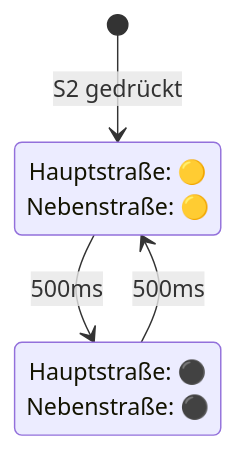
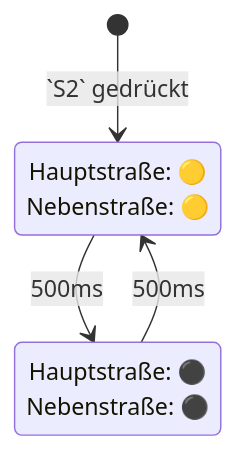
The second of 3 diagrams in src/python/vsc-ext-v0.2/demo/README.md (wago-enterprise-education/exponat-ampelsteuerung), drawn with Mermaid before and after one commit. The commit also changed other lines of this file and 2 other files, not shown here.

````diff
--- a/src/python/vsc-ext-v0.2/demo/README.md
+++ b/src/python/vsc-ext-v0.2/demo/README.md
@@ -53,11 +54,11 @@
 ```mermaid
 stateDiagram-v2
-    [*] --> Wartungsmodus_GelbAn: S2 gedrückt
+    [*] --> Wartungsmodus_GelbAn: `S2` gedrückt
     
     Wartungsmodus_GelbAn: Hauptstraße: 🟡<br/>Nebenstraße: 🟡
     Wartungsmodus_Aus: Hauptstraße: ⚫<br/>Nebenstraße: ⚫
     
     Wartungsmodus_GelbAn --> Wartungsmodus_Aus: 500ms
     Wartungsmodus_Aus --> Wartungsmodus_GelbAn: 500ms
        
 ```
````
